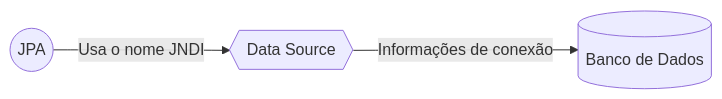
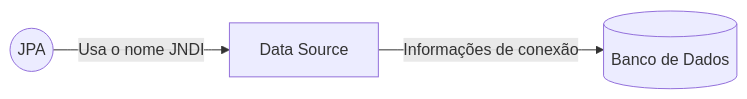
The eighth of 8 diagrams in _posts/2021-07-02-arquitetura-entidades-jpa-jakarta.md (joaoffnogueira/blog.joaonogueira.dev), drawn with Mermaid before and after one commit.

````diff
--- a/_posts/2021-07-02-arquitetura-entidades-jpa-jakarta.md
+++ b/_posts/2021-07-02-arquitetura-entidades-jpa-jakarta.md
@@ -380,4 +380,4 @@
 ```mermaid
 graph LR
-  A((JPA)) -->|Usa o nome JNDI| B{{Data Source}} -->|Informações de conexão| C[(Banco de Dados)]
+  A((JPA)) -->|Usa o nome JNDI| B[Data Source] -->|Informações de conexão| C[(Banco de Dados)]
 ```
````
